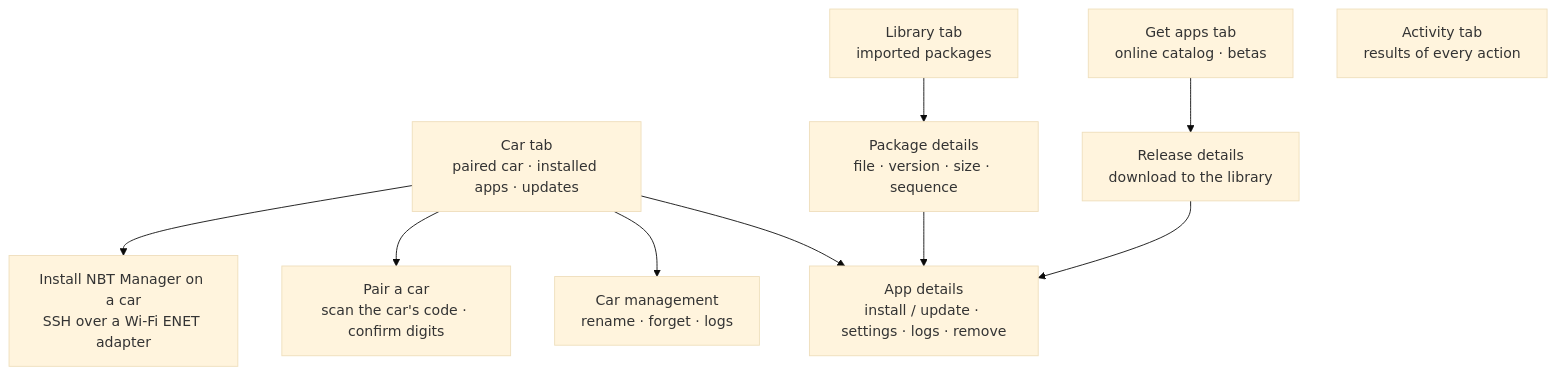
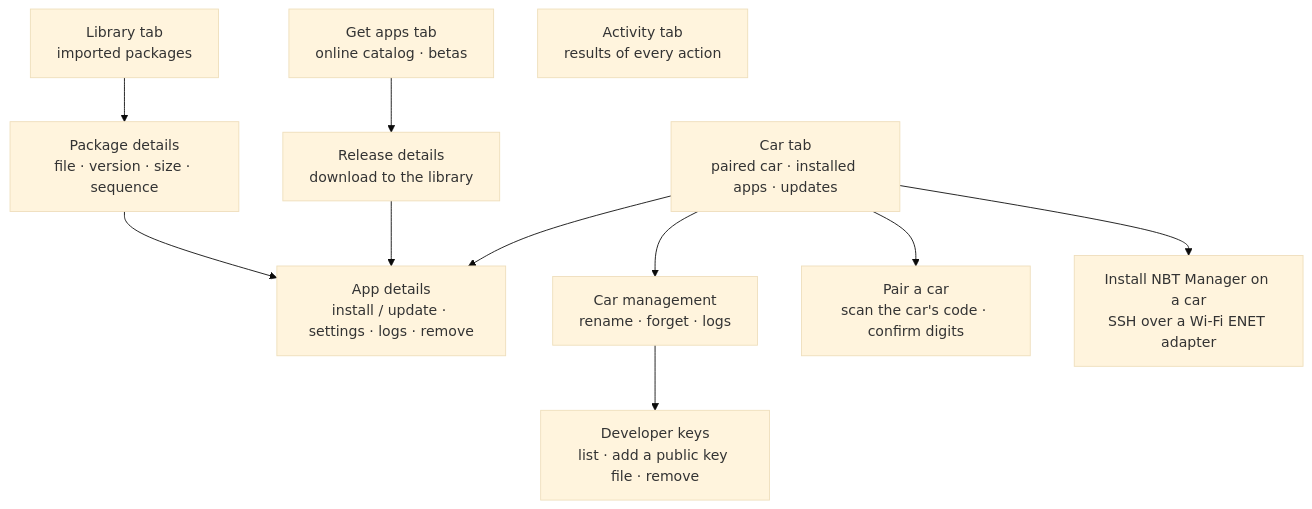
The diagram in docs/ui.md (NBTFoundry/mobile-app), drawn with Mermaid (base theme) before and after one commit. The commit also changed other lines of this file and 21 other files, not shown here.

First line of the commit message:
Developer keys: list, add from a public key file, remove (confirmed on the car)

````diff
--- a/docs/ui.md
+++ b/docs/ui.md
@@ -10,12 +10,13 @@
 ```mermaid
 flowchart TD
   CAR["Car tab<br/>paired car · installed apps · updates"] --> APP["App details<br/>install / update · settings · logs · remove"]
   CAR --> MANAGE["Car management<br/>rename · forget · logs"]
+  MANAGE --> KEYS["Developer keys<br/>list · add a public key file · remove"]
   CAR --> PAIR["Pair a car<br/>scan the car's code · confirm digits"]
   CAR --> INSTALLER["Install NBT Manager on a car<br/>SSH over a Wi-Fi ENET adapter"]
   STORE["Get apps tab<br/>online catalog · betas"] --> REL["Release details<br/>download to the library"]
   REL --> APP
   LIB["Library tab<br/>imported packages"] --> PKG["Package details<br/>file · version · size · sequence"]
   PKG --> APP
   ACT["Activity tab<br/>results of every action"]
 ```
````
